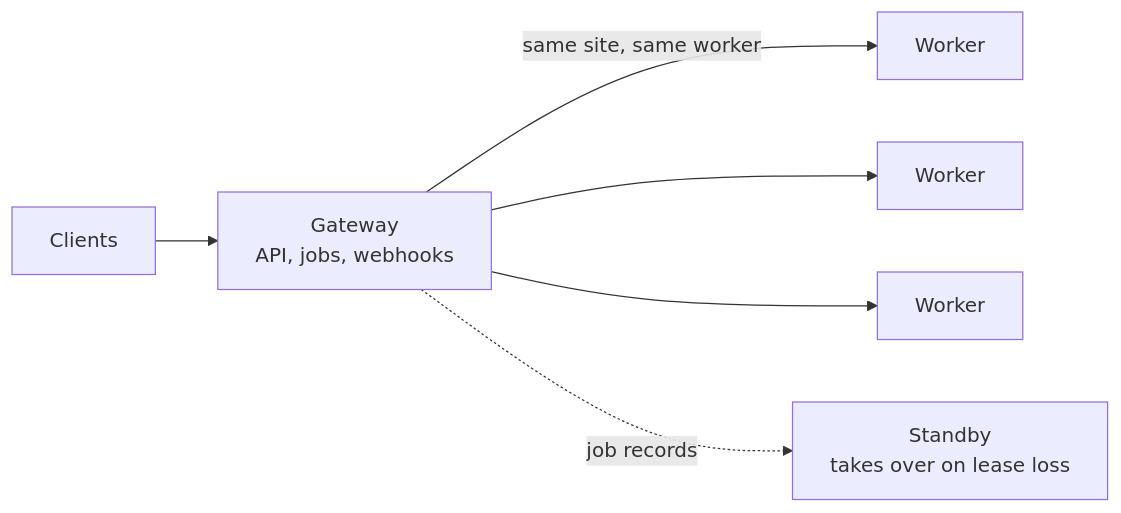
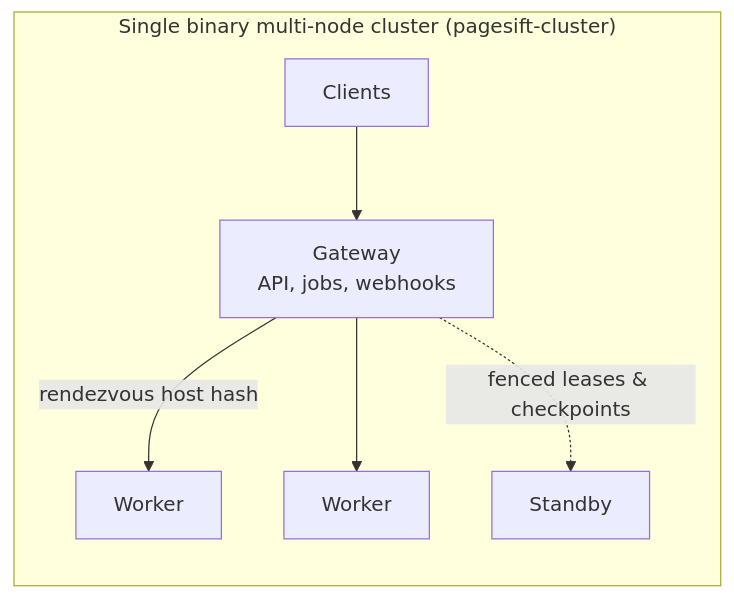
Before and after one commit to YOLOW92/pagesift: the fourth of 4 diagrams in README.md, drawn with Mermaid. The commit also changed other lines of this file and 77 other files, not shown here.

````diff
--- a/README.md
+++ b/README.md
@@ -309,8 +200,9 @@
 ```mermaid
 flowchart LR
-    C[Clients] --> G[Gateway<br/>API, jobs, webhooks]
-    G -->|same site, same worker| W1[Worker]
-    G --> W2[Worker]
-    G --> W3[Worker]
-    G -.->|job records| S[Standby<br/>takes over on lease loss]
+    subgraph Fleet["Single binary multi-node cluster (pagesift-cluster)"]
+        C[Clients] --> G[Gateway<br/>API, jobs, webhooks]
+        G -->|rendezvous host hash| W1[Worker]
+        G --> W2[Worker]
+        G -.->|fenced leases & checkpoints| S[Standby]
+    end
 ```
````
